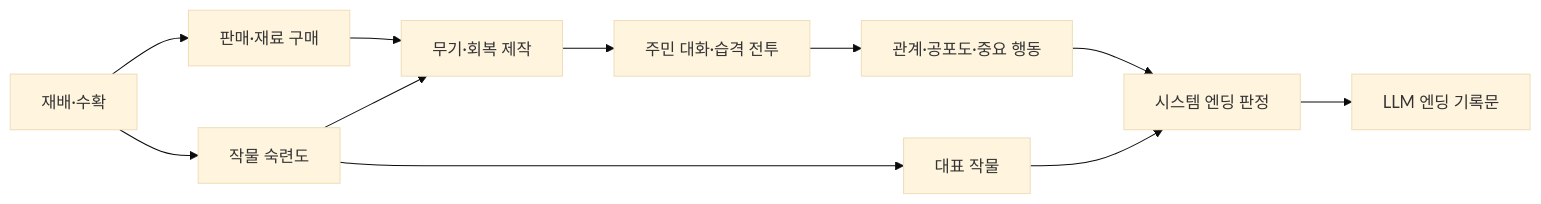
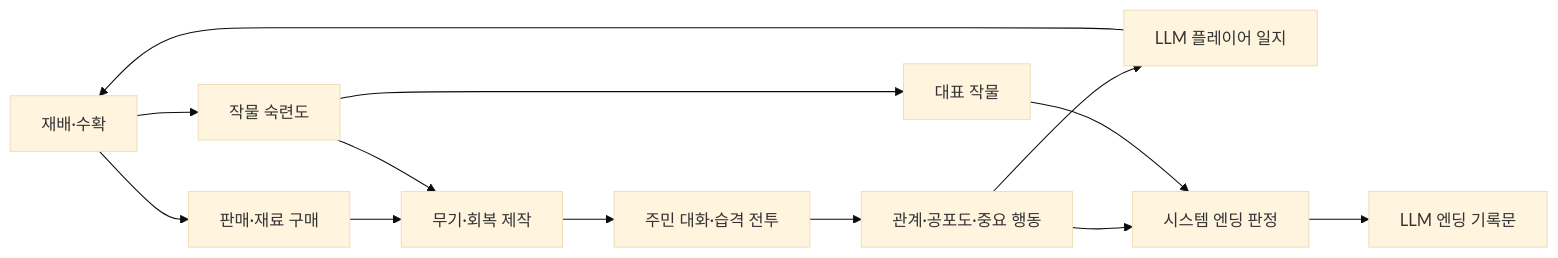
The diagram in docs/planning/밭두렁난투_시스템_UIUX_기획서_현재본.md (xuxeong/batdureong-nantu), drawn with Mermaid (base theme) before and after one commit. The commit also changed other lines of this file and 11 other files, not shown here.

First line of the commit message:
[Docs] 플레이어 일지 LLM 시스템(DEC-JOURNAL) 도입 + 문서 전체 동기화

````diff
--- a/docs/planning/밭두렁난투_시스템_UIUX_기획서_현재본.md
+++ b/docs/planning/밭두렁난투_시스템_UIUX_기획서_현재본.md
@@ -27,13 +27,15 @@
 ```mermaid
 flowchart LR
     A["재배·수확"] --> B["판매·재료 구매"]
     A --> C["작물 숙련도"]
     B --> D["무기·회복 제작"]
     C --> D
     D --> E["주민 대화·습격 전투"]
     E --> F["관계·공포도·중요 행동"]
+    F --> J["LLM 플레이어 일지"]
+    J --> A
     C --> G["대표 작물"]
     F --> H["시스템 엔딩 판정"]
     G --> H
     H --> I["LLM 엔딩 기록문"]
 ```
````
